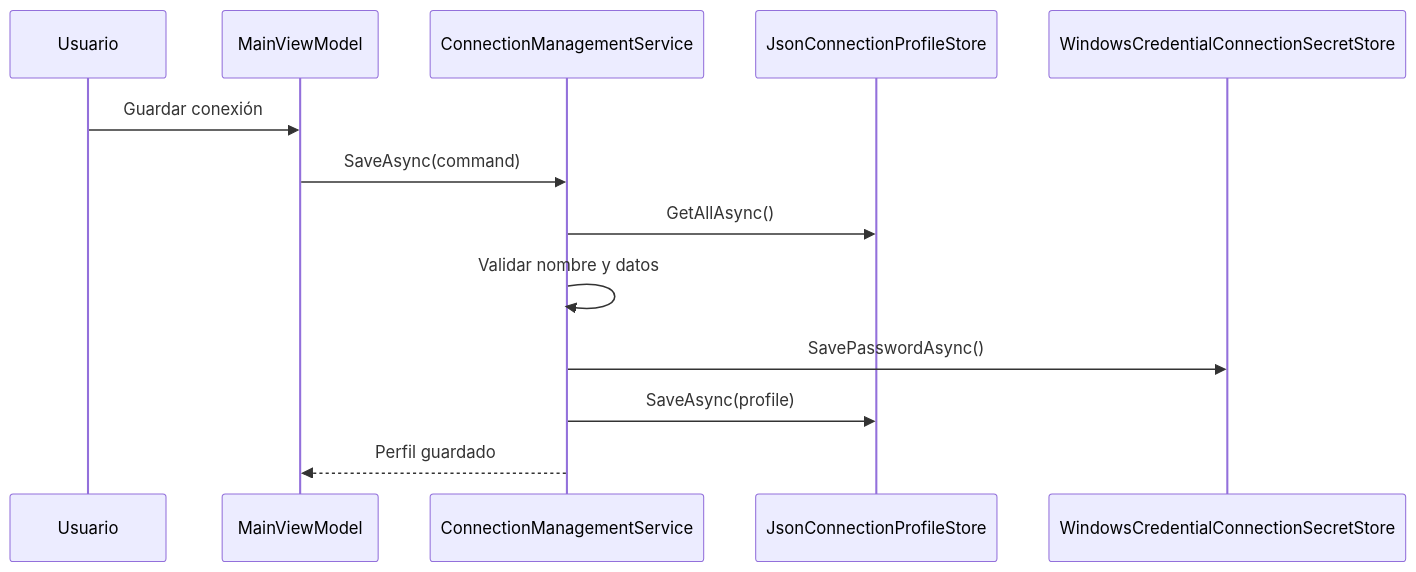
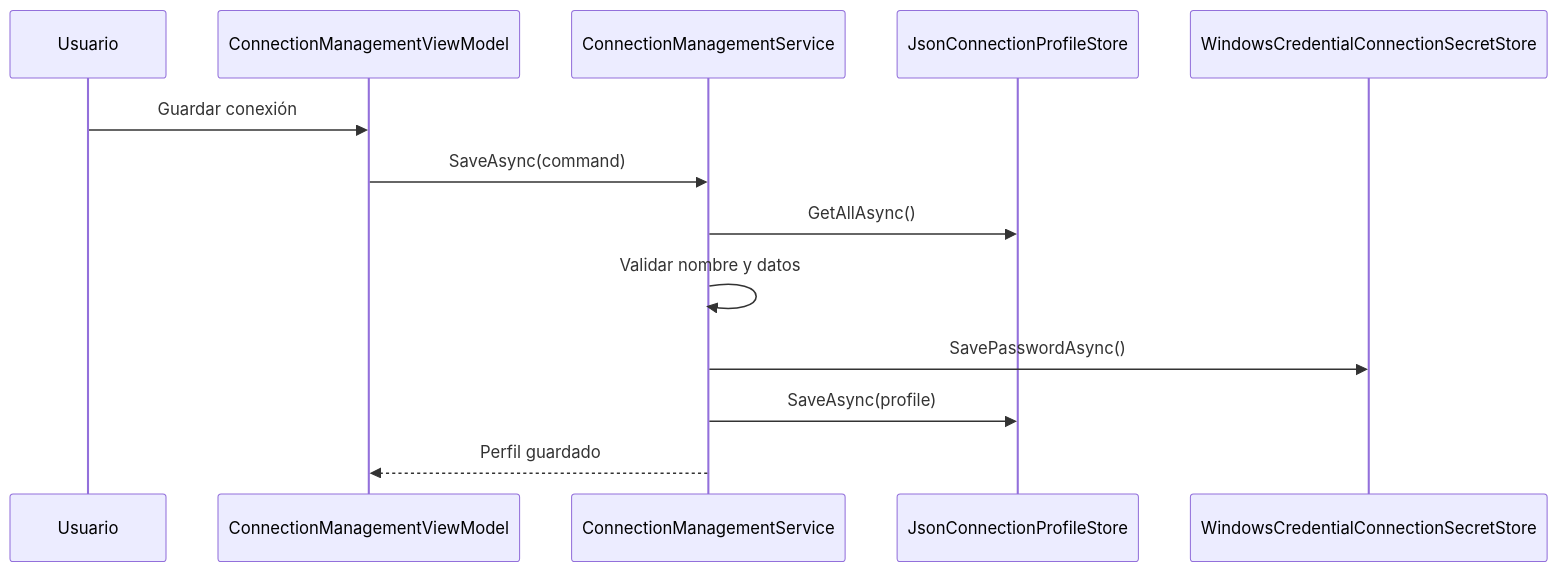
Before and after one commit to nahuelXZV/Comparador-DB: the second of 5 diagrams in ARQUITECTURA.md, drawn with Mermaid. The commit also changed other lines of this file and 32 other files, not shown here.

````diff
--- a/ARQUITECTURA.md
+++ b/ARQUITECTURA.md
@@ -87,16 +104,16 @@
 ```mermaid
 sequenceDiagram
     participant User as Usuario
-    participant UI as MainViewModel
+    participant UI as ConnectionManagementViewModel
     participant Service as ConnectionManagementService
     participant Profiles as JsonConnectionProfileStore
     participant Secrets as WindowsCredentialConnectionSecretStore
 
     User->>UI: Guardar conexión
     UI->>Service: SaveAsync(command)
     Service->>Profiles: GetAllAsync()
     Service->>Service: Validar nombre y datos
     Service->>Secrets: SavePasswordAsync()
     Service->>Profiles: SaveAsync(profile)
     Service-->>UI: Perfil guardado
 ```
````
